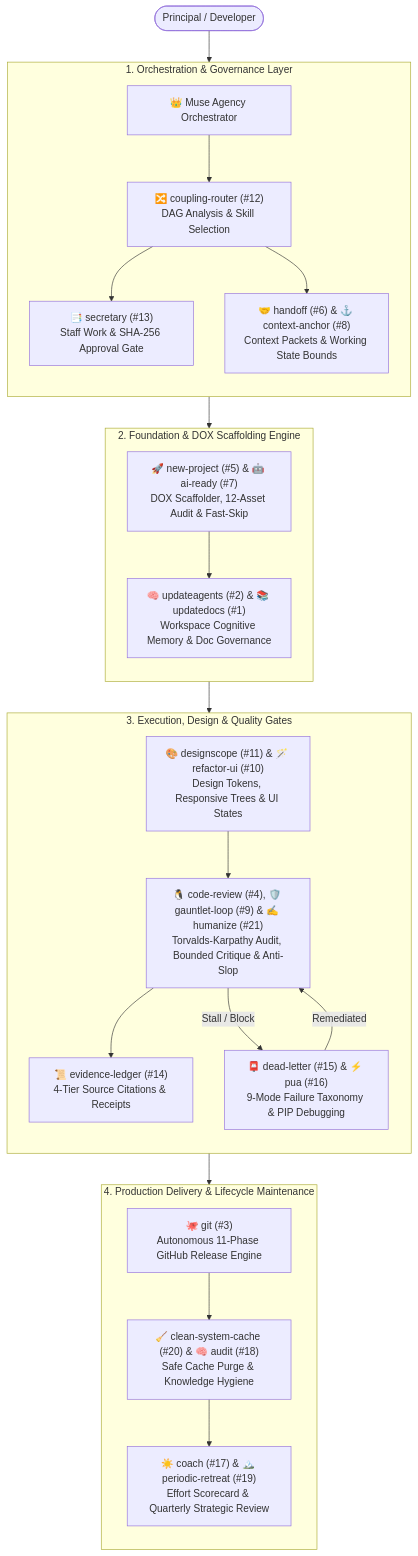
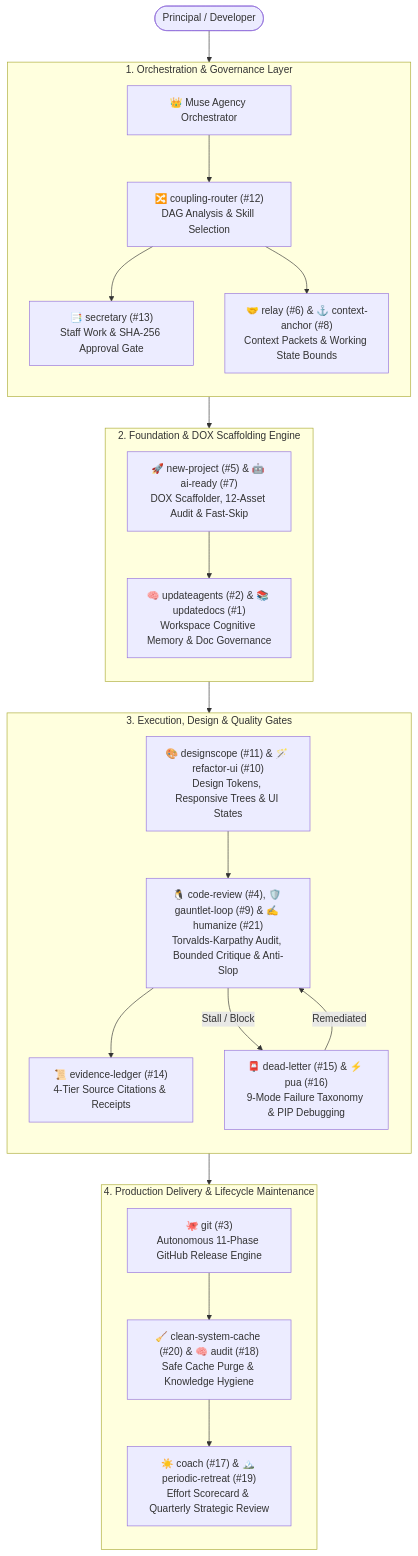
Before and after one commit to harshsinghmp/muse-skills: the second of 2 diagrams in README.md, drawn with Mermaid. The commit also changed other lines of this file and 151 other files, not shown here.

````diff
--- a/README.md
+++ b/README.md
@@ -175,34 +205,34 @@
 ```mermaid
 flowchart TD
     User(["Principal / Developer"]) --> Muse["👑 Muse Agency Orchestrator"]
 
     subgraph L1 ["1. Orchestration & Governance Layer"]
         direction TB
         Muse --> Router["🔀 coupling-router (#12)<br/>DAG Analysis & Skill Selection"]
         Router --> Sec["📑 secretary (#13)<br/>Staff Work & SHA-256 Approval Gate"]
-        Router --> Bounds["🤝 handoff (#6) & ⚓ context-anchor (#8)<br/>Context Packets & Working State Bounds"]
+        Router --> Bounds["🤝 relay (#6) & ⚓ context-anchor (#8)<br/>Context Packets & Working State Bounds"]
     end
 
     subgraph L2 ["2. Foundation & DOX Scaffolding Engine"]
         direction TB
         Bounds --> Scaffolder["🚀 new-project (#5) & 🤖 ai-ready (#7)<br/>DOX Scaffolder, 12-Asset Audit & Fast-Skip"]
         Scaffolder --> Memory["🧠 updateagents (#2) & 📚 updatedocs (#1)<br/>Workspace Cognitive Memory & Doc Governance"]
     end
 
     subgraph L3 ["3. Execution, Design & Quality Gates"]
         direction TB
         Memory --> Design["🎨 designscope (#11) & 🪄 refactor-ui (#10)<br/>Design Tokens, Responsive Trees & UI States"]
         Design --> Review["🐧 code-review (#4), 🛡️ gauntlet-loop (#9) & ✍️ humanize (#21)<br/>Torvalds-Karpathy Audit, Bounded Critique & Anti-Slop"]
         Review --> Ledger["📜 evidence-ledger (#14)<br/>4-Tier Source Citations & Receipts"]
         
         Review -->|"Stall / Block"| DL["📮 dead-letter (#15) & ⚡ pua (#16)<br/>9-Mode Failure Taxonomy & PIP Debugging"]
         DL -->|"Remediated"| Review
     end
 
     subgraph L4 ["4. Production Delivery & Lifecycle Maintenance"]
         direction TB
         Ledger --> Release["🐙 git (#3)<br/>Autonomous 11-Phase GitHub Release Engine"]
         Release --> Maint["🧹 clean-system-cache (#20) & 🧠 audit (#18)<br/>Safe Cache Purge & Knowledge Hygiene"]
         Maint --> Reflection["☀️ coach (#17) & 🏔️ periodic-retreat (#19)<br/>Effort Scorecard & Quarterly Strategic Review"]
     end
 ```
````
